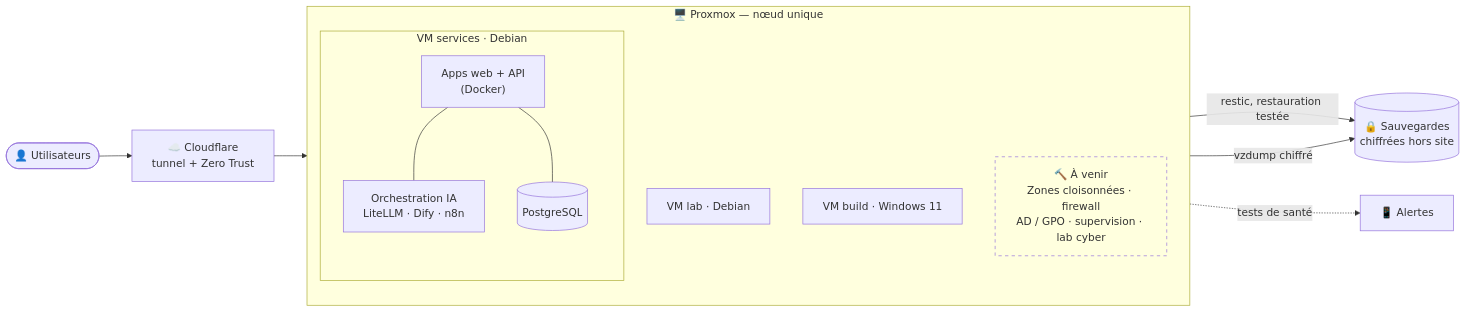
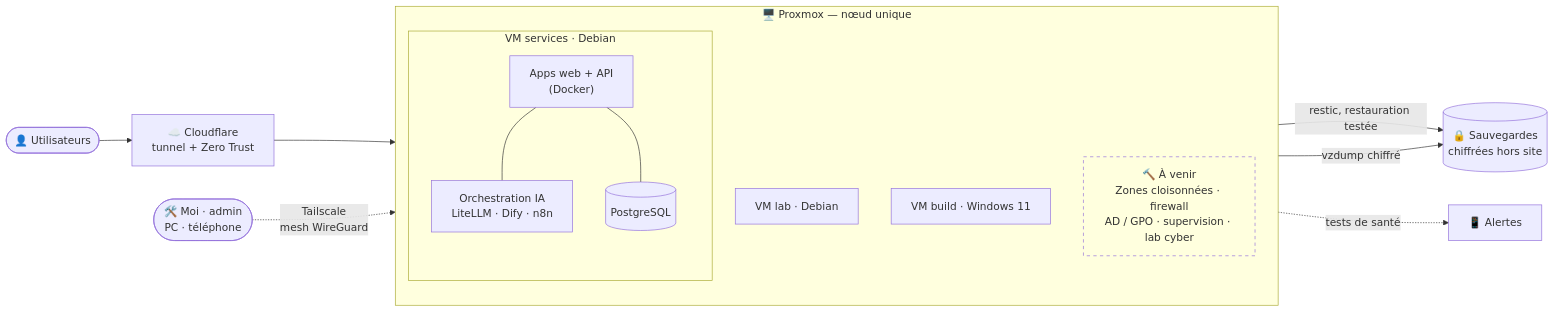
One commit to Sinsemilila/Sinsemilila changed the second of 2 diagrams in README.md. Above: the diagram before and after it, drawn with Mermaid. The commit also changed other lines of this file, not shown here.

First line of the commit message:
[docs] profil — Tailscale (accès admin, décision de cloisonnement)

````diff
--- a/README.md
+++ b/README.md
@@ -34,26 +34,27 @@
 ```mermaid
 flowchart LR
   user(["👤 Utilisateurs"]) --> cf["☁️ Cloudflare<br/>tunnel + Zero Trust"]
   cf --> svc
+  admin(["🛠️ Moi · admin<br/>PC · téléphone"]) -. "Tailscale<br/>mesh WireGuard" .-> pve
 
   subgraph pve["🖥️ Proxmox — nœud unique"]
     direction TB
     subgraph prod["VM services · Debian"]
       svc["Apps web + API<br/>(Docker)"]
       ia["Orchestration IA<br/>LiteLLM · Dify · n8n"]
       db[("PostgreSQL")]
       svc --- ia
       svc --- db
     end
     lab["VM lab · Debian"]
     win["VM build · Windows 11"]
     fut["🔨 À venir<br/>Zones cloisonnées · firewall<br/>AD / GPO · supervision · lab cyber"]
   end
 
   prod -- "restic, restauration testée" --> bk[("🔒 Sauvegardes<br/>chiffrées hors site")]
   pve -- "vzdump chiffré" --> bk
   prod -. "tests de santé" .-> phone["📱 Alertes"]
 
   classDef todo stroke-dasharray: 5 5,fill:none
   class fut todo
 ```
````
